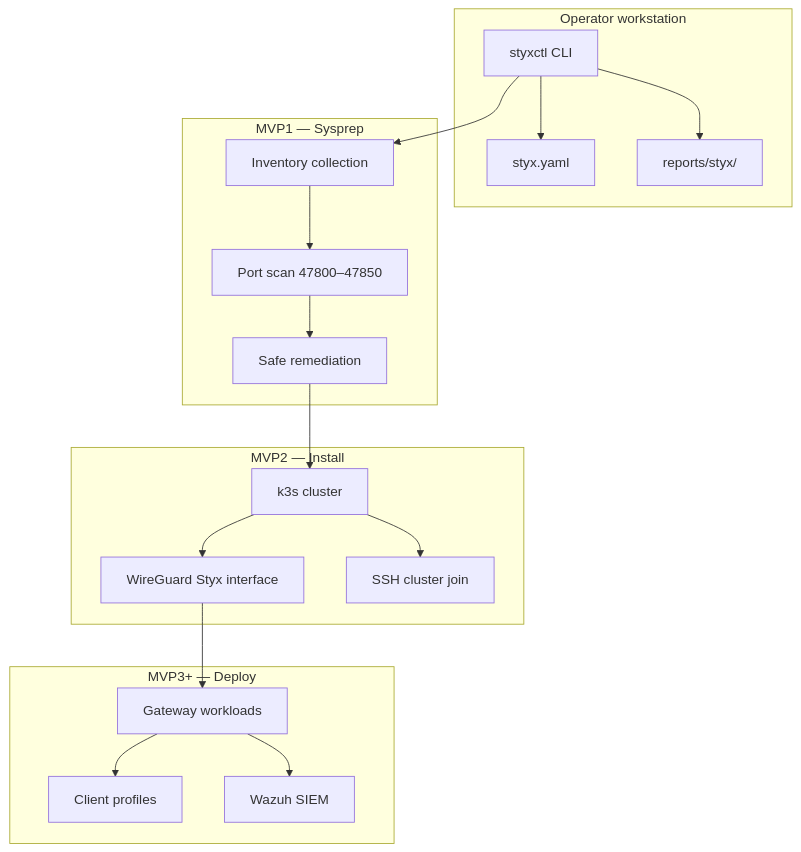
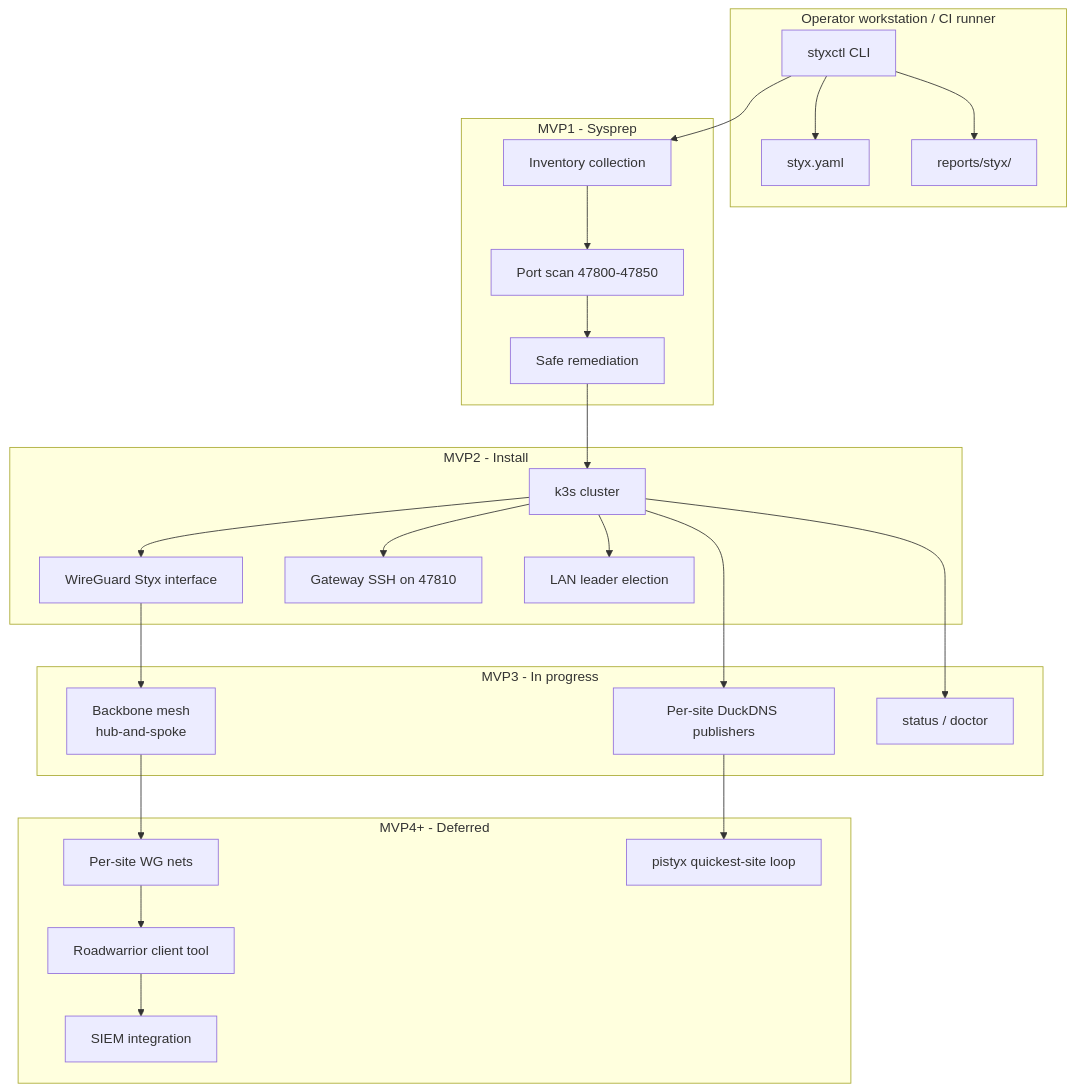
Before and after one commit to BradyWill42/styx: the diagram in README.md, drawn with Mermaid. The commit also changed other lines of this file and 1 other file, not shown here.

Commit message:
Update README for MVP3 mesh and DNS roadmap

````diff
--- a/README.md
+++ b/README.md
@@ -51,37 +55,50 @@
 ```mermaid
 flowchart TB
-    subgraph operator["Operator workstation"]
+    subgraph operator["Operator workstation / CI runner"]
         CLI["styxctl CLI"]
         CFG["styx.yaml"]
         RPT["reports/styx/"]
     end
 
-    subgraph mvp1["MVP1 — Sysprep"]
+    subgraph mvp1["MVP1 - Sysprep"]
         INV["Inventory collection"]
-        PORTS["Port scan 47800–47850"]
+        PORTS["Port scan 47800-47850"]
         SAFE["Safe remediation"]
     end
 
-    subgraph mvp2["MVP2 — Install"]
+    subgraph mvp2["MVP2 - Install"]
         K3S["k3s cluster"]
         WG["WireGuard Styx interface"]
-        SSH["SSH cluster join"]
+        SSH["Gateway SSH on 47810"]
+        LAN["LAN leader election"]
     end
 
-    subgraph future["MVP3+ — Deploy"]
-        DEPLOY["Gateway workloads"]
-        CLIENT["Client profiles"]
-        SIEM["Wazuh SIEM"]
+    subgraph mvp3["MVP3 - In progress"]
+        MESH["Backbone mesh\nhub-and-spoke"]
+        DNS["Per-site DuckDNS publishers"]
+        HEALTH["status / doctor"]
+    end
+
+    subgraph future["MVP4+ - Deferred"]
+        SITEWG["Per-site WG nets"]
+        PISTYX["pistyx quickest-site loop"]
+        CLIENT["Roadwarrior client tool"]
+        SIEM["SIEM integration"]
     end
 
     CLI --> CFG
     CLI --> INV --> PORTS
     PORTS --> SAFE
     SAFE --> K3S
+    K3S --> SSH
+    K3S --> LAN
     K3S --> WG
-    K3S --> SSH
-    WG --> DEPLOY
+    WG --> MESH
+    K3S --> DNS
+    K3S --> HEALTH
     CLI --> RPT
-    DEPLOY --> CLIENT
-    DEPLOY --> SIEM
+    MESH --> SITEWG
+    DNS --> PISTYX
+    SITEWG --> CLIENT
+    CLIENT --> SIEM
 ```
````
